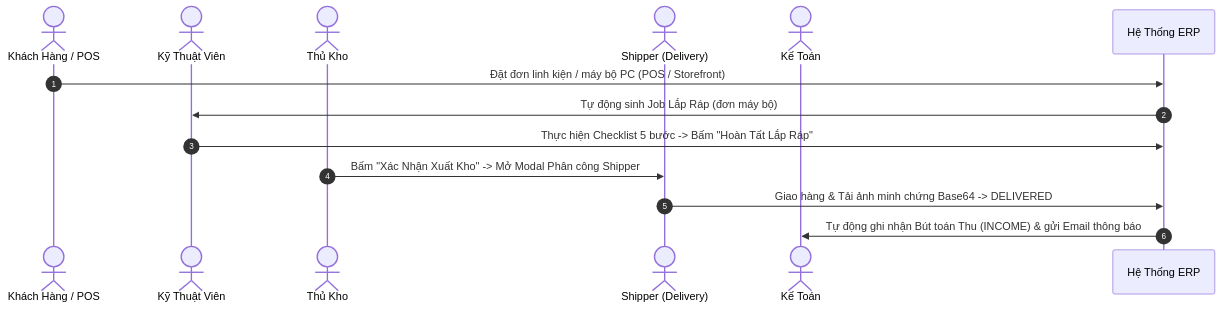
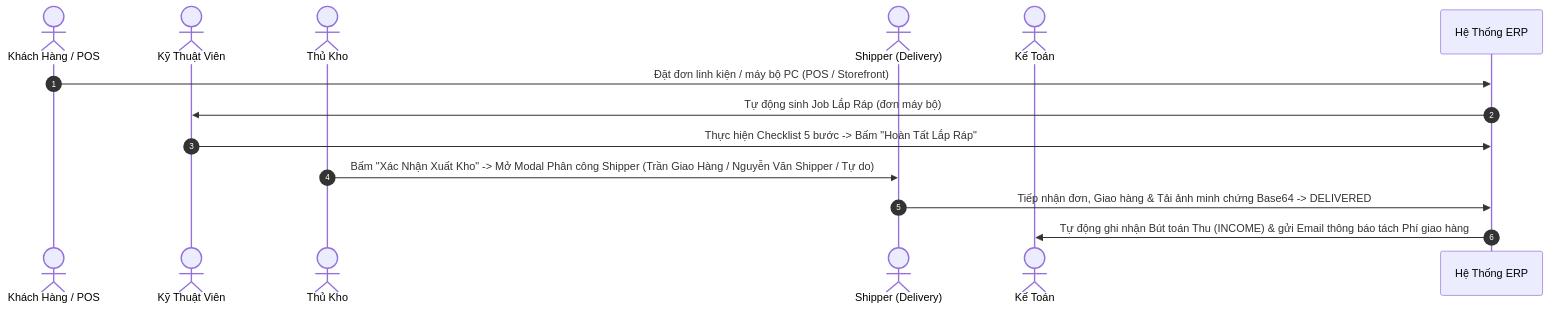
The third of 3 diagrams in README.md (CauBeHayBun/KLTN_ERP), drawn with Mermaid before and after one commit. The commit also changed other lines of this file, not shown here.

Commit message:
docs: Add 15 NCC partners list, new QA/QC flow, and updated Shipper assignment delivery docs

````diff
--- a/README.md
+++ b/README.md
@@ -140,16 +156,16 @@
 ```mermaid
 sequenceDiagram
     autonumber
     actor Khách Hàng / POS
     actor Kỹ Thuật Viên
     actor Thủ Kho
     actor Shipper (Delivery)
     actor Kế Toán
 
     Khách Hàng / POS->>Hệ Thống ERP: Đặt đơn linh kiện / máy bộ PC (POS / Storefront)
     Hệ Thống ERP->>Kỹ Thuật Viên: Tự động sinh Job Lắp Ráp (đơn máy bộ)
     Kỹ Thuật Viên->>Hệ Thống ERP: Thực hiện Checklist 5 bước -> Bấm "Hoàn Tất Lắp Ráp"
-    Thủ Kho->>Shipper (Delivery): Bấm "Xác Nhận Xuất Kho" -> Mở Modal Phân công Shipper
-    Shipper (Delivery)->>Hệ Thống ERP: Giao hàng & Tải ảnh minh chứng Base64 -> DELIVERED
-    Hệ Thống ERP->>Kế Toán: Tự động ghi nhận Bút toán Thu (INCOME) & gửi Email thông báo
+    Thủ Kho->>Shipper (Delivery): Bấm "Xác Nhận Xuất Kho" -> Mở Modal Phân công Shipper (Trần Giao Hàng / Nguyễn Văn Shipper / Tự do)
+    Shipper (Delivery)->>Hệ Thống ERP: Tiếp nhận đơn, Giao hàng & Tải ảnh minh chứng Base64 -> DELIVERED
+    Hệ Thống ERP->>Kế Toán: Tự động ghi nhận Bút toán Thu (INCOME) & gửi Email thông báo tách Phí giao hàng
 ```
````
